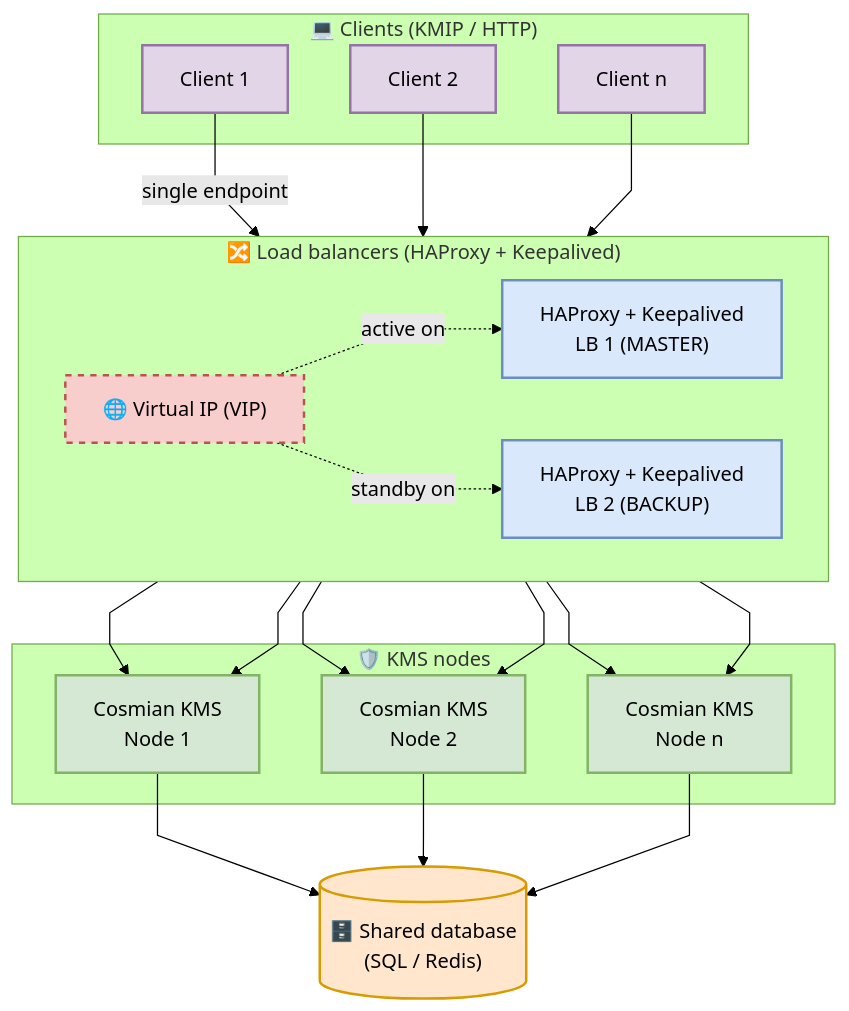
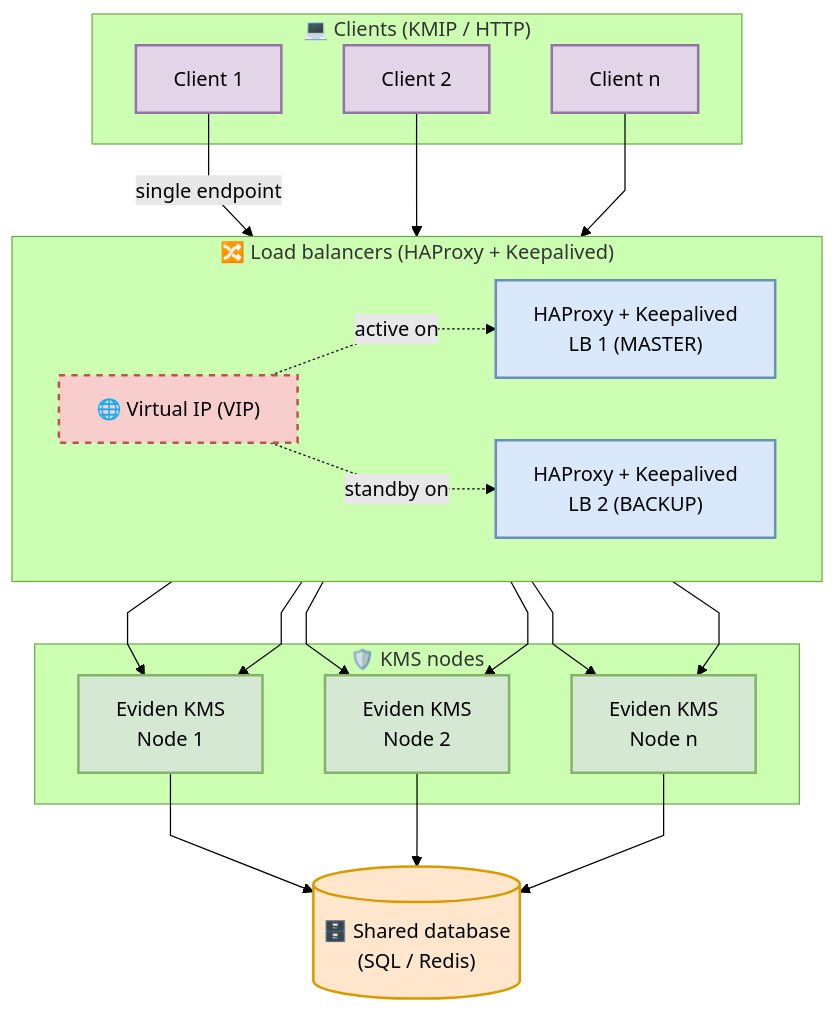
One commit to Cosmian/kms changed the diagram in documentation/docs/installation/high_availability_mode.md. Above: the diagram before and after it, drawn with Mermaid (forest theme). The commit also changed other lines of this file and 79 other files, not shown here.

````diff
--- a/documentation/docs/installation/high_availability_mode.md
+++ b/documentation/docs/installation/high_availability_mode.md
@@ -10,42 +10,42 @@
 ```mermaid
 %%{init: {"flowchart": {"curve": "linear"}}}%%
 flowchart TB
     %% Styling (reuses the same palette as the previous diagram version)
     classDef client fill:#e1d5e7,stroke:#9673a6,stroke-width:2px,color:#000
     classDef vip fill:#f8cecc,stroke:#b85450,stroke-width:2px,stroke-dasharray: 5 5,color:#000
     classDef lb fill:#dae8fc,stroke:#6c8ebf,stroke-width:2px,color:#000
     classDef kms fill:#d5e8d4,stroke:#82b366,stroke-width:2px,color:#000
     classDef db fill:#ffe6cc,stroke:#d79b00,stroke-width:2px,color:#000
 
     subgraph clients_group["💻 Clients (KMIP / HTTP)"]
         client1["Client 1"]:::client
         client2["Client 2"]:::client
         clientN["Client n"]:::client
     end
 
     subgraph lb_cluster["🔀 Load balancers (HAProxy + Keepalived)"]
         direction LR
         vip["🌐 Virtual IP (VIP)"]:::vip
         lb1["HAProxy + Keepalived<br/>LB 1 (MASTER)"]:::lb
         lb2["HAProxy + Keepalived<br/>LB 2 (BACKUP)"]:::lb
     end
 
     subgraph kms_cluster["🛡️ KMS nodes"]
-        node1["Cosmian KMS<br/>Node 1"]:::kms
-        node2["Cosmian KMS<br/>Node 2"]:::kms
-        nodeN["Cosmian KMS<br/>Node n"]:::kms
+        node1["Eviden KMS<br/>Node 1"]:::kms
+        node2["Eviden KMS<br/>Node 2"]:::kms
+        nodeN["Eviden KMS<br/>Node n"]:::kms
     end
 
     db[("🗄️ Shared database<br/>(SQL / Redis)")]:::db
 
     client1 -->|single endpoint| vip
     client2 --> vip
     clientN --> vip
 
     vip -.->|active on| lb1
     vip -.->|standby on| lb2
 
     lb1 --> node1 & node2 & nodeN
     lb2 --> node1 & node2 & nodeN
     node1 & node2 & nodeN --> db
 ```
````
